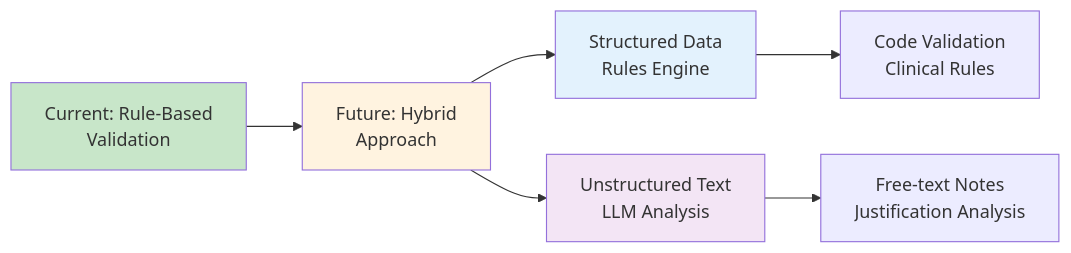
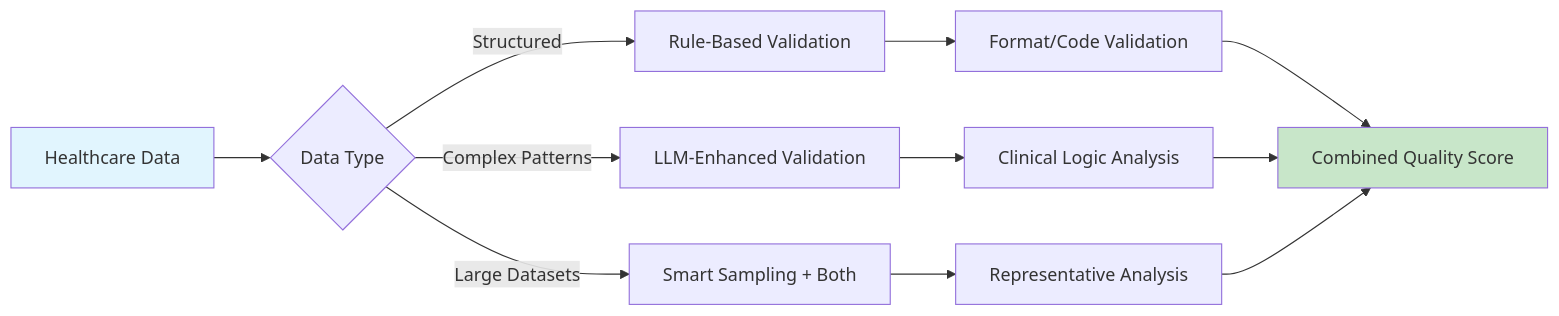
Before and after one commit to kargarisaac/preauth-healthcare-ai-triage: the seventh of 8 diagrams in docs/data_quality_validation.md, drawn with Mermaid. The commit also changed other lines of this file and 55 other files, not shown here.

Commit message:
feat: add llm for data quality check

````diff
--- a/docs/data_quality_validation.md
+++ b/docs/data_quality_validation.md
@@ -277,15 +460,19 @@
 ```mermaid
 flowchart LR
-    A[Current: Rule-Based<br/>Validation] --> B[Future: Hybrid<br/>Approach]
+    A[Healthcare Data] --> B{Data Type}
 
-    B --> C[Structured Data<br/>Rules Engine]
-    B --> D[Unstructured Text<br/>LLM Analysis]
+    B -->|Structured| C[Rule-Based Validation]
+    B -->|Complex Patterns| D[LLM-Enhanced Validation]
+    B -->|Large Datasets| E[Smart Sampling + Both]
 
-    C --> E[Code Validation<br/>Clinical Rules]
-    D --> F[Free-text Notes<br/>Justification Analysis]
+    C --> F[Format/Code Validation]
+    D --> G[Clinical Logic Analysis]
+    E --> H[Representative Analysis]
 
-    style A fill:#c8e6c9
-    style B fill:#fff3e0
-    style C fill:#e3f2fd
-    style D fill:#f3e5f5
+    F --> I[Combined Quality Score]
+    G --> I
+    H --> I
+
+    style A fill:#e1f5fe
+    style I fill:#c8e6c9
 ```
````
